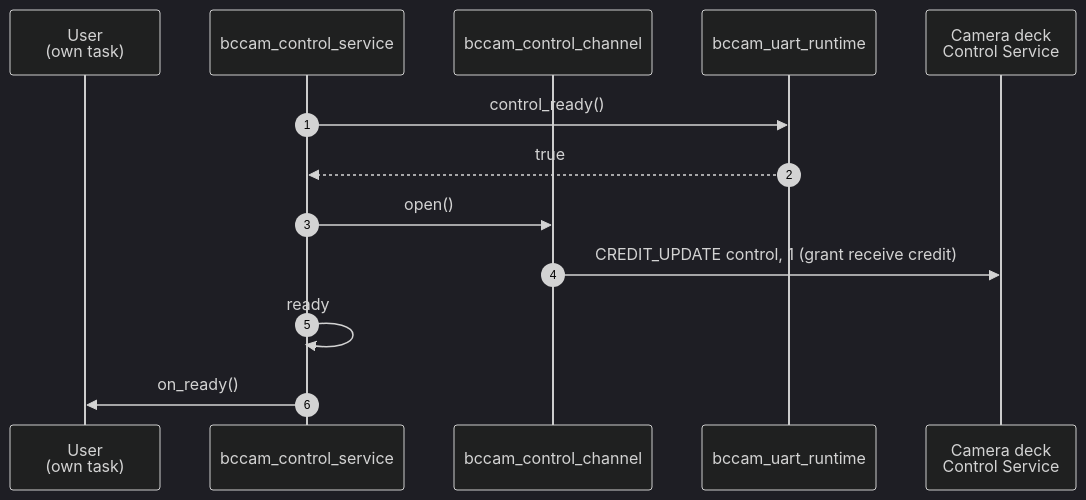
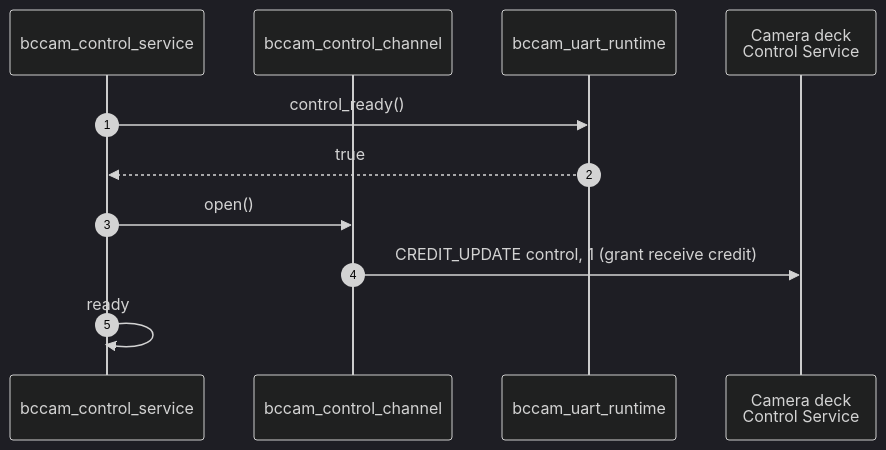
Before and after one commit to bitcraze/crazyflie-firmware: the sixth of 9 diagrams in docs/functional-areas/camera-deck-control.md, drawn with Mermaid (dark theme). The commit also changed other lines of this file, not shown here.

Commit message:
Drop on_ready function

````diff
--- a/docs/functional-areas/camera-deck-control.md
+++ b/docs/functional-areas/camera-deck-control.md
@@ -511,16 +505,14 @@
 ```mermaid
 sequenceDiagram
     autonumber
-    participant U as User<br/>(own task)
     participant CS as bccam_control_service
     participant Ch as bccam_control_channel
     participant R as bccam_uart_runtime
     participant D as Camera deck<br/>Control Service
 
     CS->>R: control_ready()
     R-->>CS: true
     CS->>Ch: open()
     Ch->>D: CREDIT_UPDATE control, 1 (grant receive credit)
     CS->>CS: ready
-    CS->>U: on_ready()
 ```
````
